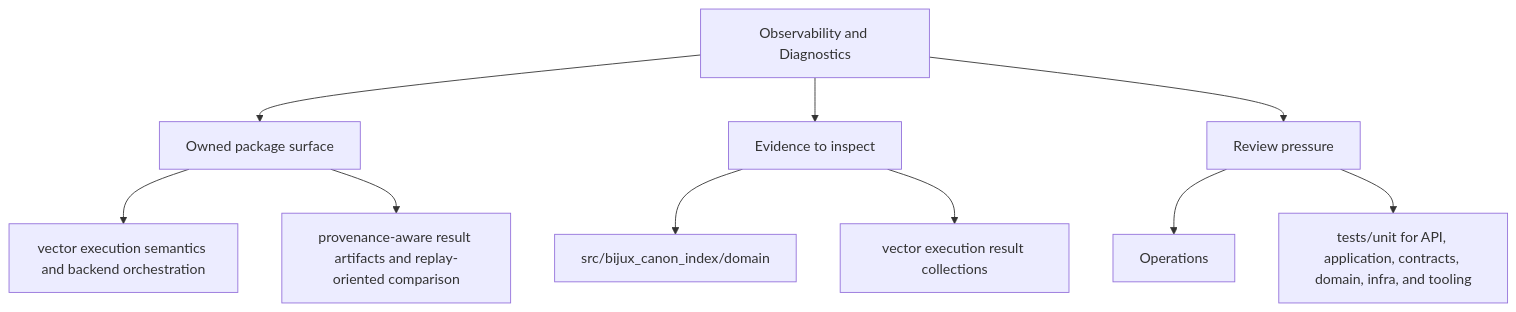
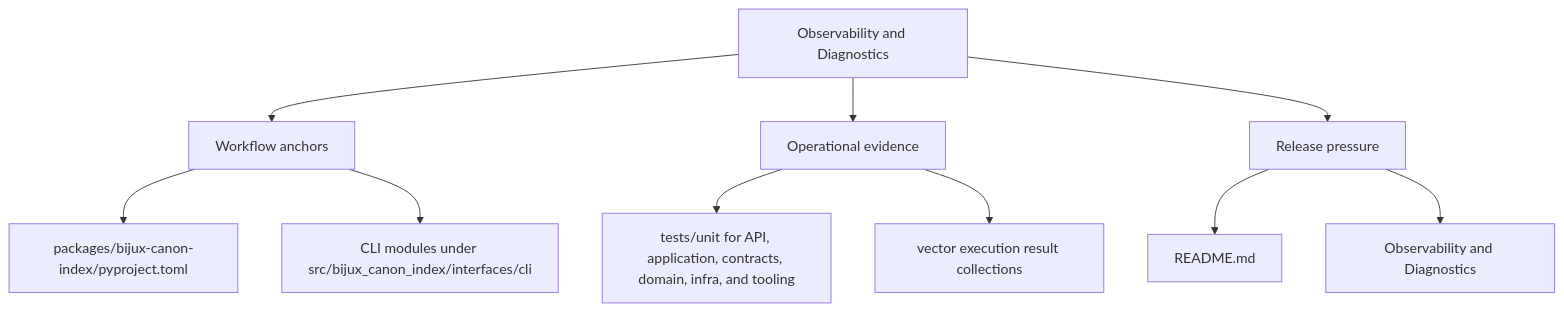
One commit to bijux/bijux-canon changed the second of 2 diagrams in docs/bijux-canon-index/operations/observability-and-diagnostics.md. Above: the diagram before and after it, drawn with Mermaid. The commit also changed other lines of this file and 250 other files, not shown here.

Commit message:
docs(diagrams): make product page maps more readable

````diff
--- a/docs/bijux-canon-index/operations/observability-and-diagnostics.md
+++ b/docs/bijux-canon-index/operations/observability-and-diagnostics.md
@@ -33,22 +33,22 @@
 ```mermaid
 flowchart TD
     page["Observability and Diagnostics"]
-    focus1["Owned package surface"]
+    focus1["Workflow anchors"]
     page --> focus1
-    focus1_1["vector execution semantics and backend orchestration"]
+    focus1_1["packages/bijux-canon-index/pyproject.toml"]
     focus1 --> focus1_1
-    focus1_2["provenance-aware result artifacts and replay-oriented comparison"]
+    focus1_2["CLI modules under src/bijux_canon_index/interfaces/cli"]
     focus1 --> focus1_2
-    focus2["Evidence to inspect"]
+    focus2["Operational evidence"]
     page --> focus2
-    focus2_1["src/bijux_canon_index/domain"]
+    focus2_1["tests/unit for API, application, contracts, domain, infra, and tooling"]
     focus2 --> focus2_1
     focus2_2["vector execution result collections"]
     focus2 --> focus2_2
-    focus3["Review pressure"]
+    focus3["Release pressure"]
     page --> focus3
-    focus3_1["Operations"]
+    focus3_1["README.md"]
     focus3 --> focus3_1
-    focus3_2["tests/unit for API, application, contracts, domain, infra, and tooling"]
+    focus3_2["Observability and Diagnostics"]
     focus3 --> focus3_2
 ```
````
